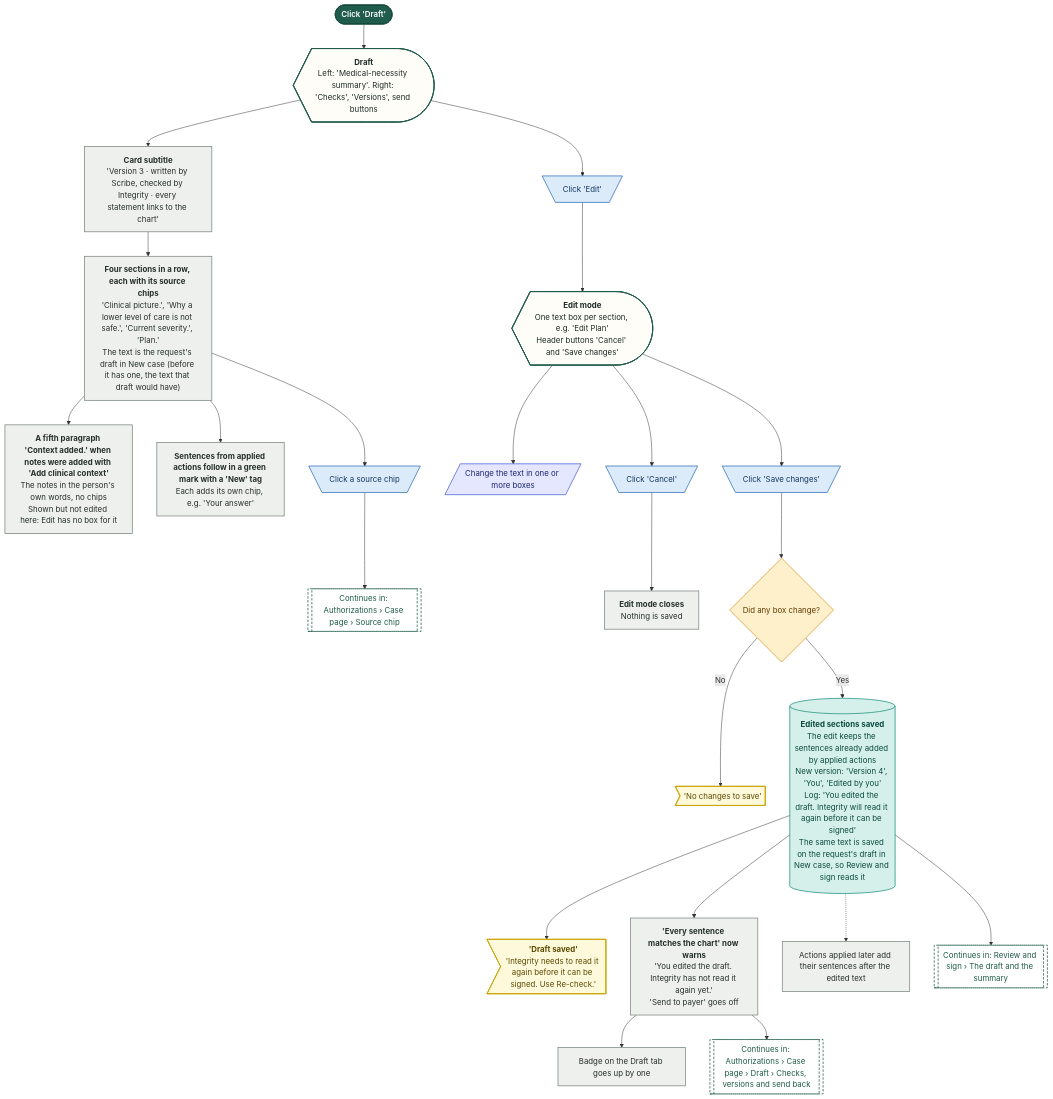
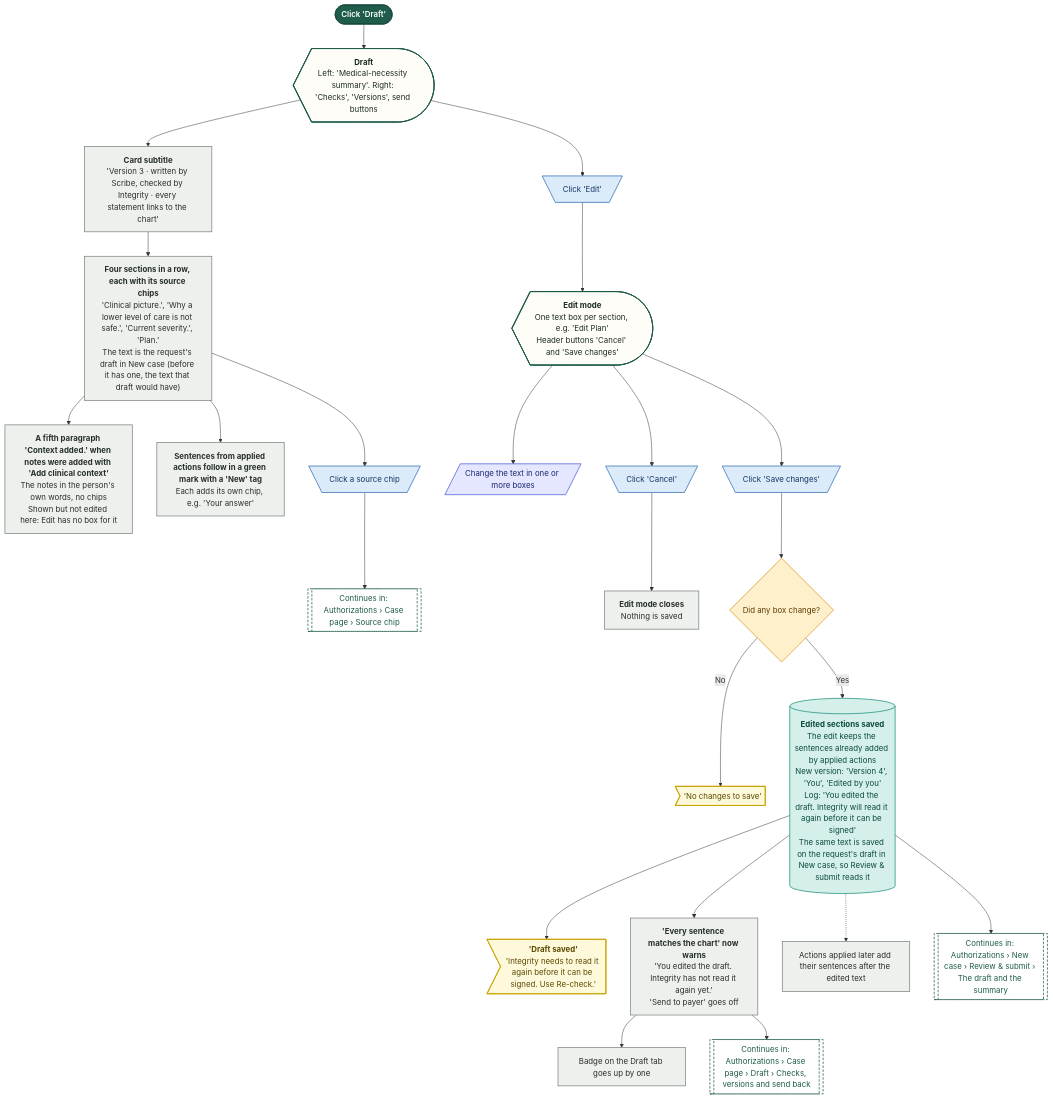
Diagram 29 of 33 in demos/prior-auth-demo/workflows/out/md/03-authorizations.md (Shrav143/psyfloapp), drawn with Mermaid before and after one commit. The commit also changed other lines of this file and 251 other files, not shown here.

First line of the commit message:
docs: rebuild the workflow diagrams (291) for round 4

````diff
--- a/demos/prior-auth-demo/workflows/out/md/03-authorizations.md
+++ b/demos/prior-auth-demo/workflows/out/md/03-authorizations.md
@@ -2032,64 +2288,64 @@
 ```mermaid
 %%{init: {"theme":"base","themeVariables":{"fontFamily":"'DM Sans', 'Segoe UI', system-ui, sans-serif","fontSize":"15px","lineColor":"#5B6B63","primaryTextColor":"#1C2B25","clusterBkg":"#FBF8F3","clusterBorder":"#D9CDBB","edgeLabelBackground":"#FFFFFF"},"flowchart":{"curve":"basis","nodeSpacing":36,"rankSpacing":48,"padding":12,"htmlLabels":true,"useMaxWidth":false,"wrappingWidth":230}} }%%
 flowchart TD
   classDef k_start fill:#1F5C4B,stroke:#174638,color:#FFFFFF,stroke-width:1.5px,font-weight:600
   classDef k_end fill:#DDEFE3,stroke:#2E7D4F,color:#14502F,stroke-width:1.5px,font-weight:600
   classDef k_endx fill:#FBE3E0,stroke:#C0392B,color:#7A1F16,stroke-width:1.5px,font-weight:600
   classDef k_screen fill:#FFFDF8,stroke:#1F5C4B,color:#1C2B25,stroke-width:2px
   classDef k_overlay fill:#F1F7F3,stroke:#1F5C4B,color:#1C2B25,stroke-width:2px,stroke-dasharray:5 3
   classDef k_click fill:#DCEBFA,stroke:#2F6DB5,color:#12365F,stroke-width:1.5px
   classDef k_input fill:#E4E7FF,stroke:#4C5FD5,color:#1D2670,stroke-width:1.5px
   classDef k_process fill:#EEF0EE,stroke:#7A857F,color:#26302B,stroke-width:1.5px
   classDef k_agent fill:#EEE5FA,stroke:#7A4FC2,color:#341A63,stroke-width:1.5px
   classDef k_decision fill:#FFF0CC,stroke:#D9962B,color:#5C3B00,stroke-width:1.5px
   classDef k_store fill:#D5F0EA,stroke:#1C8E7B,color:#0B4A3F,stroke-width:1.5px
   classDef k_doc fill:#F6E9DC,stroke:#B07A4C,color:#4A2E14,stroke-width:1.5px
   classDef k_ext fill:#FFE6D2,stroke:#E07B39,color:#6B2F06,stroke-width:1.5px
   classDef k_wait fill:#E4E8EE,stroke:#6B7C93,color:#26303D,stroke-width:1.5px
   classDef k_toast fill:#FFF9DB,stroke:#C9A400,color:#5A4A00,stroke-width:1.5px
   classDef k_goto fill:#FFFFFF,stroke:#1F5C4B,color:#1F5C4B,stroke-width:1.5px,stroke-dasharray:5 3
   s1@{ shape: stadium, label: "Click 'Draft'" }
   dr@{ shape: curv-trap, label: "<b>Draft</b><br/>Left: 'Medical-necessity summary'. Right: 'Checks', 'Versions', send buttons" }
   hd@{ shape: rect, label: "<b>Card subtitle</b><br/>'Version 3 · written by Scribe, checked by Integrity · every statement links to the chart'" }
   sec@{ shape: rect, label: "<b>Four sections in a row, each with its source chips</b><br/>'Clinical picture.', 'Why a lower level of care is not safe.', 'Current severity.', 'Plan.'<br/>The text is the request's draft in New case (before it has one, the text that draft would have)" }
   cx@{ shape: rect, label: "<b>A fifth paragraph 'Context added.' when notes were added with 'Add clinical context'</b><br/>The notes in the person's own words, no chips<br/>Shown but not edited here: Edit has no box for it" }
   nw@{ shape: rect, label: "<b>Sentences from applied actions follow in a green mark with a 'New' tag</b><br/>Each adds its own chip, e.g. 'Your answer'" }
   ch@{ shape: trap-t, label: "Click a source chip" }
   gC@{ shape: subproc, label: "Continues in: Authorizations › Case page › Source chip" }
   ed@{ shape: trap-t, label: "Click 'Edit'" }
   em@{ shape: curv-trap, label: "<b>Edit mode</b><br/>One text box per section, e.g. 'Edit Plan'<br/>Header buttons 'Cancel' and 'Save changes'" }
   ty@{ shape: lean-r, label: "Change the text in one or more boxes" }
   cn@{ shape: trap-t, label: "Click 'Cancel'" }
   cd@{ shape: rect, label: "<b>Edit mode closes</b><br/>Nothing is saved" }
   sv@{ shape: trap-t, label: "Click 'Save changes'" }
   dCh@{ shape: diam, label: "Did any box change?" }
   tn@{ shape: odd, label: "'No changes to save'" }
-  sd@{ shape: cyl, label: "<b>Edited sections saved</b><br/>The edit keeps the sentences already added by applied actions<br/>New version: 'Version 4', 'You', 'Edited by you'<br/>Log: 'You edited the draft. Integrity will read it again before it can be signed'<br/>The same text is saved on the request's draft in New case, so Review and sign reads it" }
+  sd@{ shape: cyl, label: "<b>Edited sections saved</b><br/>The edit keeps the sentences already added by applied actions<br/>New version: 'Version 4', 'You', 'Edited by you'<br/>Log: 'You edited the draft. Integrity will read it again before it can be signed'<br/>The same text is saved on the request's draft in New case, so Review & submit reads it" }
   ts@{ shape: odd, label: "<b>'Draft saved'</b><br/>'Integrity needs to read it again before it can be signed. Use Re-check.'" }
   dy@{ shape: rect, label: "<b>'Every sentence matches the chart' now warns</b><br/>'You edited the draft. Integrity has not read it again yet.'<br/>'Send to payer' goes off" }
   bd@{ shape: rect, label: "Badge on the Draft tab goes up by one" }
   lt@{ shape: rect, label: "Actions applied later add their sentences after the edited text" }
   gK@{ shape: subproc, label: "Continues in: Authorizations › Case page › Draft › Checks, versions and send back" }
-  gR@{ shape: subproc, label: "Continues in: Review and sign › The draft and the summary" }
+  gR@{ shape: subproc, label: "Continues in: Authorizations › New case › Review & submit › The draft and the summary" }
   s1 --> dr --> hd --> sec --> nw
   sec --> ch --> gC
   sec --> cx
   dr --> ed --> em --> ty
   em --> cn --> cd
   em --> sv --> dCh
   dCh -->|"No"| tn
   dCh -->|"Yes"| sd --> ts
   sd --> dy --> bd
   dy --> gK
   sd -.-> lt
   sd --> gR
   class s1 k_start
   class dr,em k_screen
   class hd,sec,cx,nw,cd,dy,bd,lt k_process
   class ch,ed,cn,sv k_click
   class gC,gK,gR k_goto
   class ty k_input
   class dCh k_decision
   class tn,ts k_toast
   class sd k_store
 ```
````
